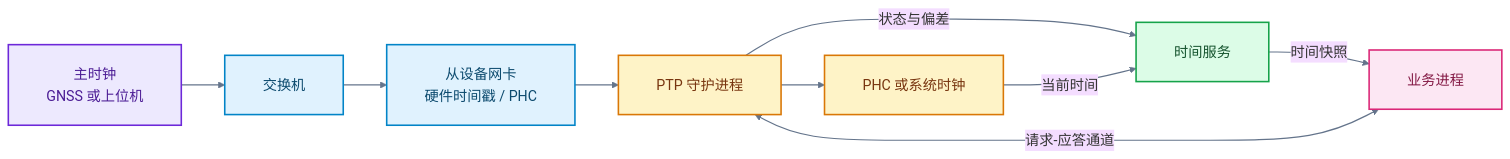
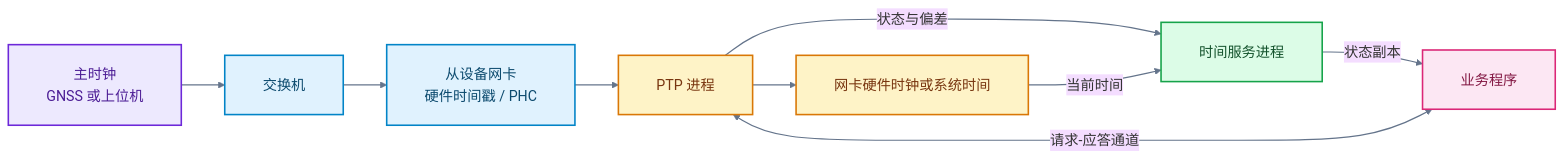
One commit to DeguiLiu/tech-notes changed the first of 5 diagrams in content/posts/performance/ptp_state_machine_field_troubleshooting.md. Above: the diagram before and after it, drawn with Mermaid. The commit also changed other lines of this file, not shown here.

Commit message:
story-docs(blog): simplify PTP troubleshooting language

````diff
--- a/content/posts/performance/ptp_state_machine_field_troubleshooting.md
+++ b/content/posts/performance/ptp_state_machine_field_troubleshooting.md
@@ -49,24 +97,24 @@
 ```mermaid
 %%{init: {"theme":"base","themeVariables":{"fontFamily":"sans-serif","fontSize":"18px","lineColor":"#455A64"},"flowchart":{"htmlLabels":true,"padding":24,"nodeSpacing":45,"rankSpacing":55}}}%%
 flowchart LR
     GM["主时钟<br/>GNSS 或上位机"] --> SW["交换机"]
     SW --> NIC["从设备网卡<br/>硬件时间戳 / PHC"]
-    NIC --> PTP["PTP 守护进程"]
-    PTP --> CLK["PHC 或系统时钟"]
-    PTP -->|"状态与偏差"| TS["时间服务"]
+    NIC --> PTP["PTP 进程"]
+    PTP --> CLK["网卡硬件时钟或系统时间"]
+    PTP -->|"状态与偏差"| TS["时间服务进程"]
     CLK -->|"当前时间"| TS
-    TS -->|"时间快照"| APP["业务进程"]
+    TS -->|"状态副本"| APP["业务程序"]
     PTP <-->|"请求-应答通道"| APP
 
     classDef master fill:#EDE9FE,stroke:#6D28D9,stroke-width:2px,color:#4C1D95
     classDef net fill:#E0F2FE,stroke:#0284C7,stroke-width:2px,color:#0C4A6E
     classDef proto fill:#FEF3C7,stroke:#D97706,stroke-width:2px,color:#78350F
     classDef dist fill:#DCFCE7,stroke:#16A34A,stroke-width:2px,color:#14532D
     classDef app fill:#FCE7F3,stroke:#DB2777,stroke-width:2px,color:#831843
     class GM master
     class SW,NIC net
     class PTP,CLK proto
     class TS dist
     class APP app
     linkStyle default stroke:#64748B,stroke-width:1.5px
 ```
````
